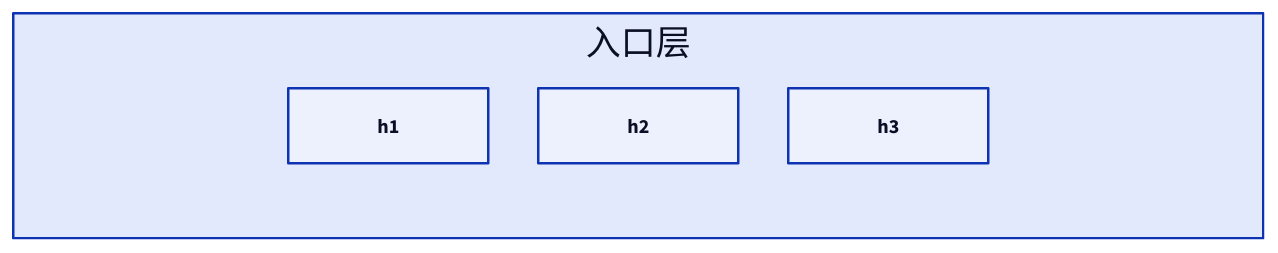
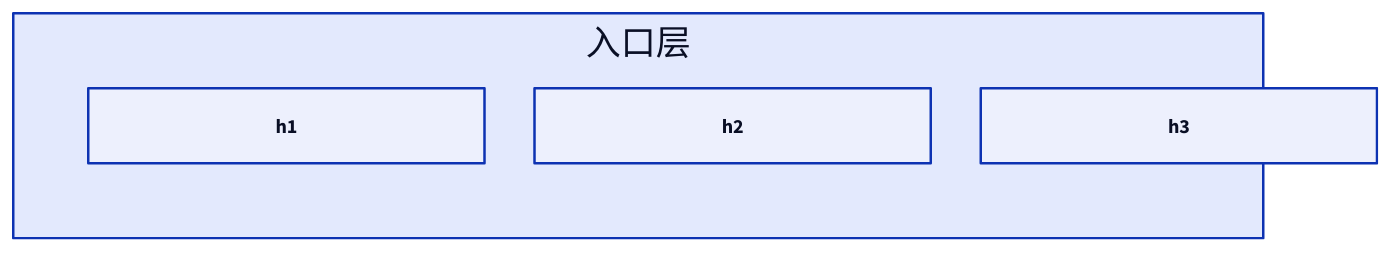
Before and after one commit to syllr/skills: the ninth of 13 diagrams in skills/c4-container-diagram/SKILL.md, drawn with D2. The commit also changed other lines of this file, not shown here.

````diff
--- a/skills/c4-container-diagram/SKILL.md
+++ b/skills/c4-container-diagram/SKILL.md
@@ -691,9 +697,9 @@
 ```d2
 入口层: {
   width: 1000
   grid-columns: 3
-  h1: { width: 160; height: 60; class: module }    # ← 固定 width 必须
-  h2: { width: 160; height: 60; class: module }
-  h3: { width: 160; height: 60; class: module }
+  h1: { width: 317; height: 60; class: module }    # ← 固定 width 必须（§6.9: (1000−24−24)/3 = 317）
+  h2: { width: 317; height: 60; class: module }
+  h3: { width: 317; height: 60; class: module }
 }
 ```
````
